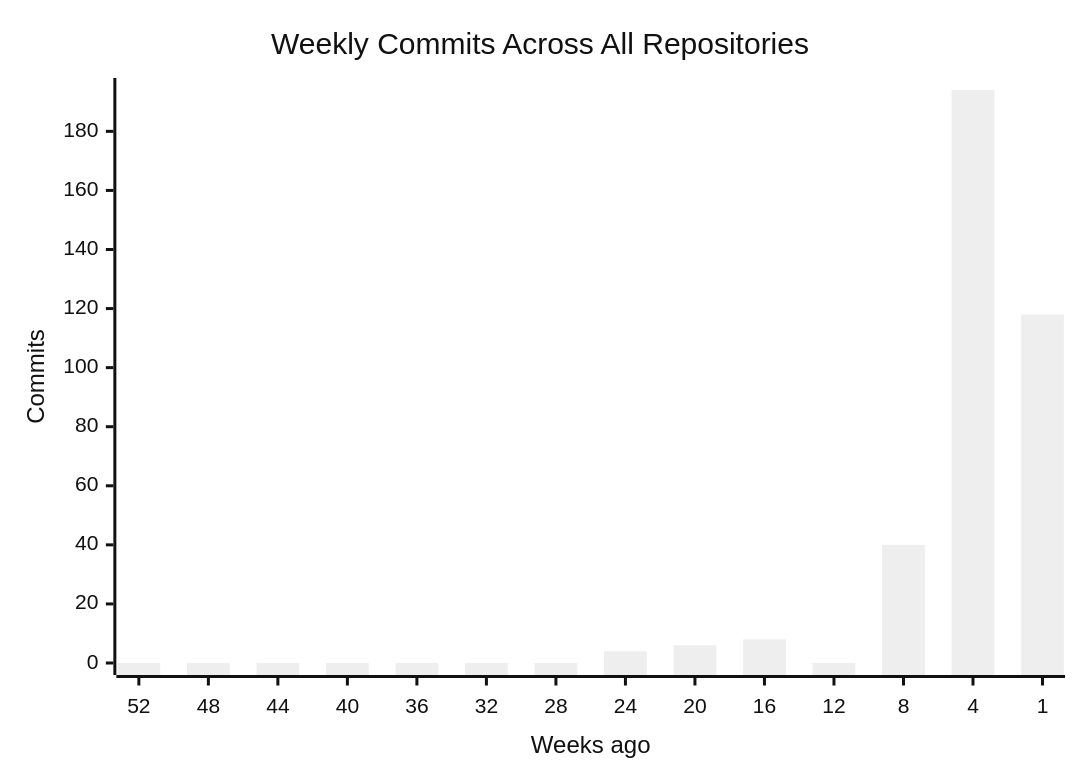
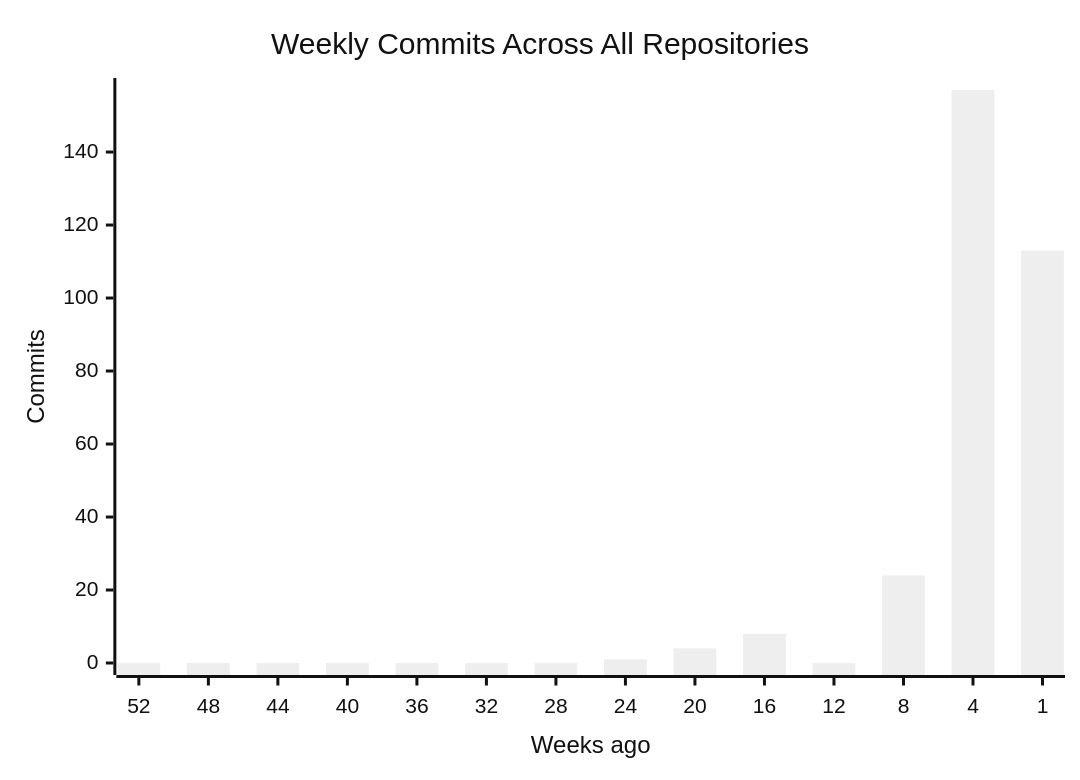
The first of 4 diagrams in profile/README.md (CSTH-Projects/.github), drawn with Mermaid (neutral theme) before and after one commit. The commit also changed other lines of this file, not shown here.

````diff
--- a/profile/README.md
+++ b/profile/README.md
@@ -16,7 +16,7 @@
 ```mermaid
 xychart-beta
     title "Weekly Commits Across All Repositories"
     x-axis "Weeks ago" [52, 48, 44, 40, 36, 32, 28, 24, 20, 16, 12, 8, 4, 1]
     y-axis "Commits"
-    bar [0, 0, 0, 0, 0, 0, 0, 4, 6, 8, 0, 40, 194, 118]
+    bar [0, 0, 0, 0, 0, 0, 0, 1, 4, 8, 0, 24, 157, 113]
 ```
````
